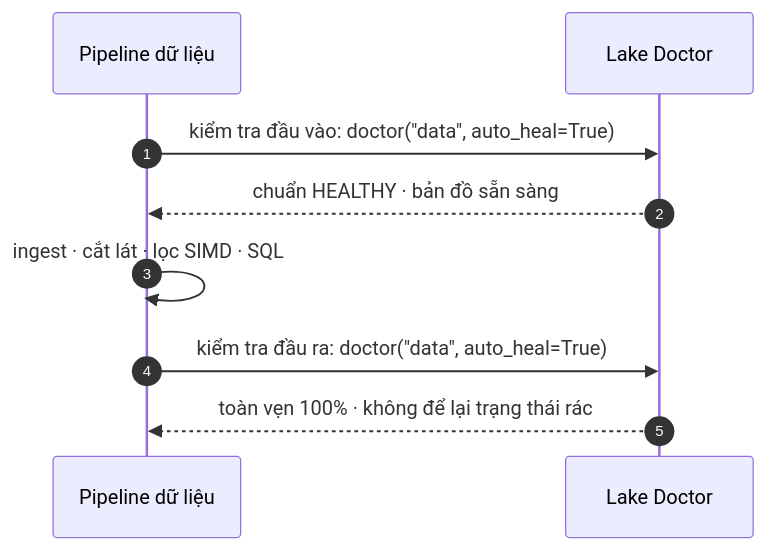
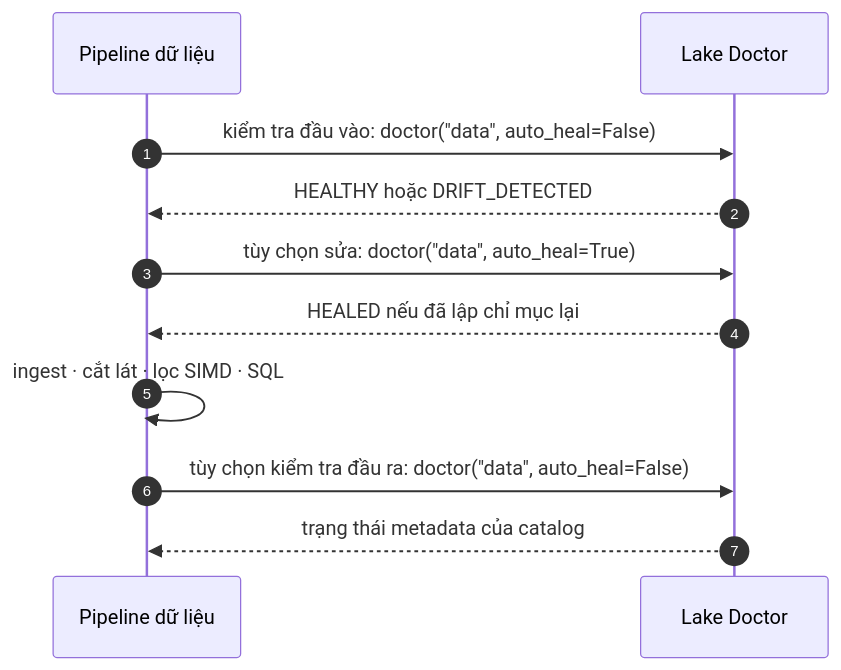
Before and after one commit to VanDung-dev/basaltic-red: the diagram in docs/vi/workflows/lake-doctor.md, drawn with Mermaid. The commit also changed other lines of this file and 33 other files, not shown here.

First line of the commit message:
docs(architecture): refine descriptions of DataFusion readers and Lake Map options

````diff
--- a/docs/vi/workflows/lake-doctor.md
+++ b/docs/vi/workflows/lake-doctor.md
@@ -13,12 +13,14 @@
 ```mermaid
 sequenceDiagram
     autonumber
     participant P as Pipeline dữ liệu
     participant D as Lake Doctor
 
-    P->>D: kiểm tra đầu vào: doctor("data", auto_heal=True)
-    D-->>P: chuẩn HEALTHY · bản đồ sẵn sàng
+    P->>D: kiểm tra đầu vào: doctor("data", auto_heal=False)
+    D-->>P: HEALTHY hoặc DRIFT_DETECTED
+    P->>D: tùy chọn sửa: doctor("data", auto_heal=True)
+    D-->>P: HEALED nếu đã lập chỉ mục lại
     P->>P: ingest · cắt lát · lọc SIMD · SQL
-    P->>D: kiểm tra đầu ra: doctor("data", auto_heal=True)
-    D-->>P: toàn vẹn 100% · không để lại trạng thái rác
+    P->>D: tùy chọn kiểm tra đầu ra: doctor("data", auto_heal=False)
+    D-->>P: trạng thái metadata của catalog
 ```
````
